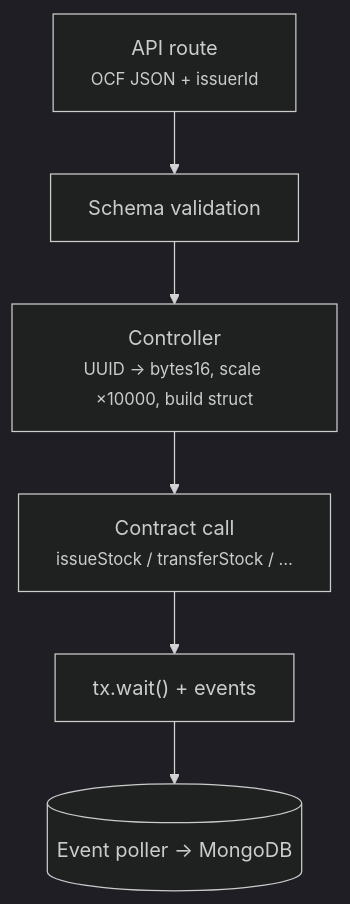
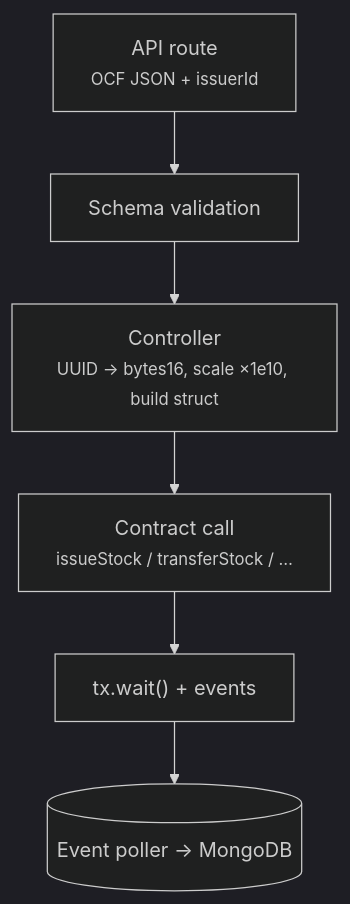
One commit to transfer-agent-protocol/tap-cap-table changed the first of 3 diagrams in docs/src/pages/api-reference/controllers.mdx. Above: the diagram before and after it, drawn with Mermaid (dark theme). The commit also changed other lines of this file and 8 other files, not shown here.

````diff
--- a/docs/src/pages/api-reference/controllers.mdx
+++ b/docs/src/pages/api-reference/controllers.mdx
@@ -7,8 +7,8 @@
 ```mermaid
 flowchart TD
     A["API route<br/><small>OCF JSON + issuerId</small>"] --> B["Schema validation"]
-    B --> C["Controller<br/><small>UUID → bytes16, scale ×10000, build struct</small>"]
+    B --> C["Controller<br/><small>UUID → bytes16, scale ×1e10, build struct</small>"]
     C --> D["Contract call<br/><small>issueStock / transferStock / …</small>"]
     D --> E["tx.wait() + events"]
     E --> F[("Event poller → MongoDB")]
 ```
````
